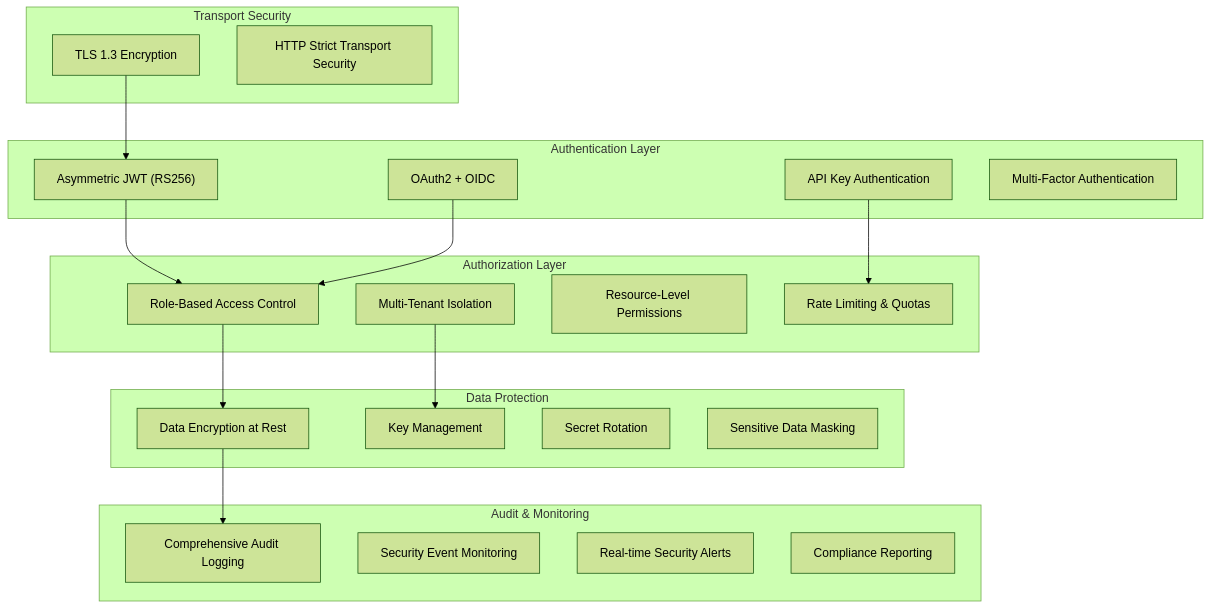
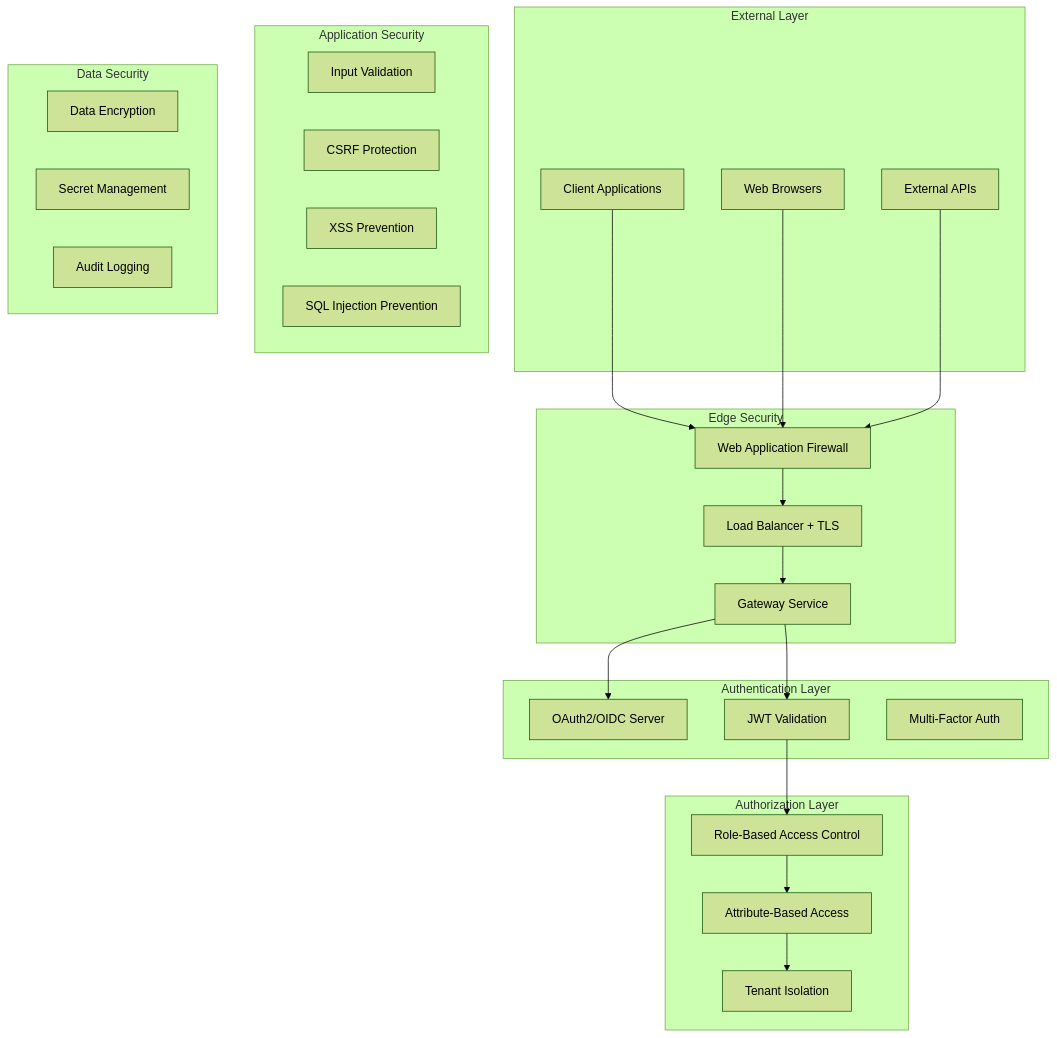
The diagram in docs/development/security/README.md (flamingo-stack/openframe-oss-lib), drawn with Mermaid (forest theme) before and after one commit. The commit also changed other lines of this file and 212 other files, not shown here.

````diff
--- a/docs/development/security/README.md
+++ b/docs/development/security/README.md
@@ -9,43 +7,50 @@
 ```mermaid
 flowchart TD
-    subgraph "Transport Security"
-        TLS["TLS 1.3 Encryption"]
-        HSTS["HTTP Strict Transport Security"]
+    subgraph "External Layer"
+        Client[Client Applications]
+        Browser[Web Browsers]
+        API[External APIs]
+    end
+    
+    subgraph "Edge Security"
+        WAF[Web Application Firewall]
+        LB[Load Balancer + TLS]
+        Gateway[Gateway Service]
+    end
+    
+    subgraph "Authentication Layer"
+        OAuth[OAuth2/OIDC Server]
+        JWT[JWT Validation]
+        MFA[Multi-Factor Auth]
+    end
+    
+    subgraph "Authorization Layer"
+        RBAC[Role-Based Access Control]
+        ABAC[Attribute-Based Access]
+        Tenant[Tenant Isolation]
+    end
+    
+    subgraph "Application Security"
+        Input[Input Validation]
+        CSRF[CSRF Protection]
+        XSS[XSS Prevention]
+        SQL[SQL Injection Prevention]
+    end
+    
+    subgraph "Data Security"
+        Encryption[Data Encryption]
+        Secrets[Secret Management]
+        Audit[Audit Logging]
     end
 
-    subgraph "Authentication Layer"
-        JWT["Asymmetric JWT (RS256)"]
-        OAuth2["OAuth2 + OIDC"]
-        APIKeys["API Key Authentication"]
-        MFA["Multi-Factor Authentication"]
-    end
-
-    subgraph "Authorization Layer"
-        RBAC["Role-Based Access Control"]
-        TenantIsolation["Multi-Tenant Isolation"]
-        ResourceScoping["Resource-Level Permissions"]
-        RateLimit["Rate Limiting & Quotas"]
-    end
-
-    subgraph "Data Protection"
-        Encryption["Data Encryption at Rest"]
-        KeyManagement["Key Management"]
-        SecretRotation["Secret Rotation"]
-        DataMasking["Sensitive Data Masking"]
-    end
-
-    subgraph "Audit & Monitoring"
-        AuditLogs["Comprehensive Audit Logging"]
-        SecurityEvents["Security Event Monitoring"]
-        Alerting["Real-time Security Alerts"]
-        Compliance["Compliance Reporting"]
-    end
-
-    TLS --> JWT
+    Client --> WAF
+    Browser --> WAF
+    API --> WAF
+    WAF --> LB
+    LB --> Gateway
+    Gateway --> OAuth
+    Gateway --> JWT
     JWT --> RBAC
-    OAuth2 --> RBAC
-    APIKeys --> RateLimit
-    RBAC --> Encryption
-    TenantIsolation --> KeyManagement
-    Encryption --> AuditLogs
+    RBAC --> ABAC
+    ABAC --> Tenant
 ```
````
